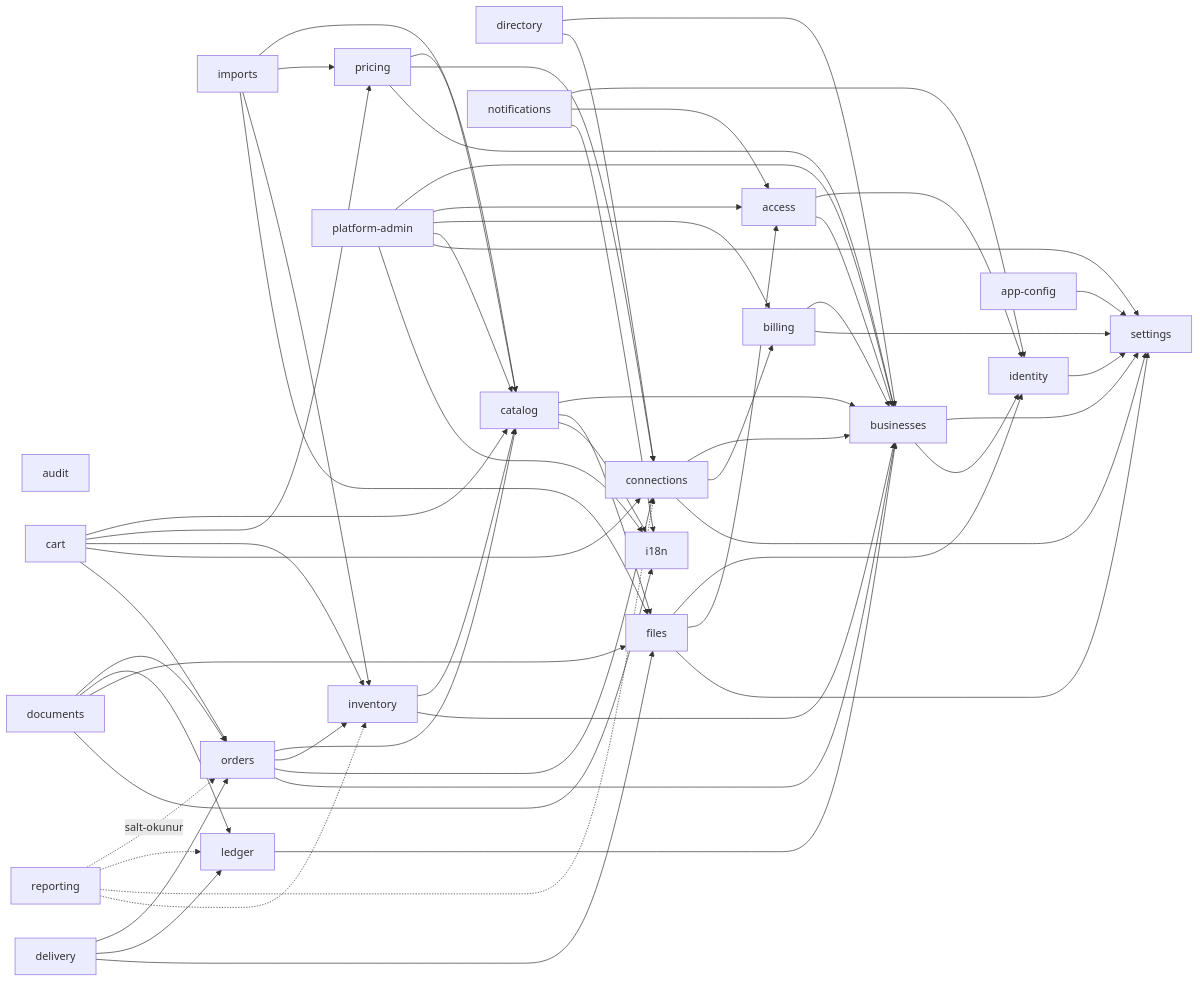
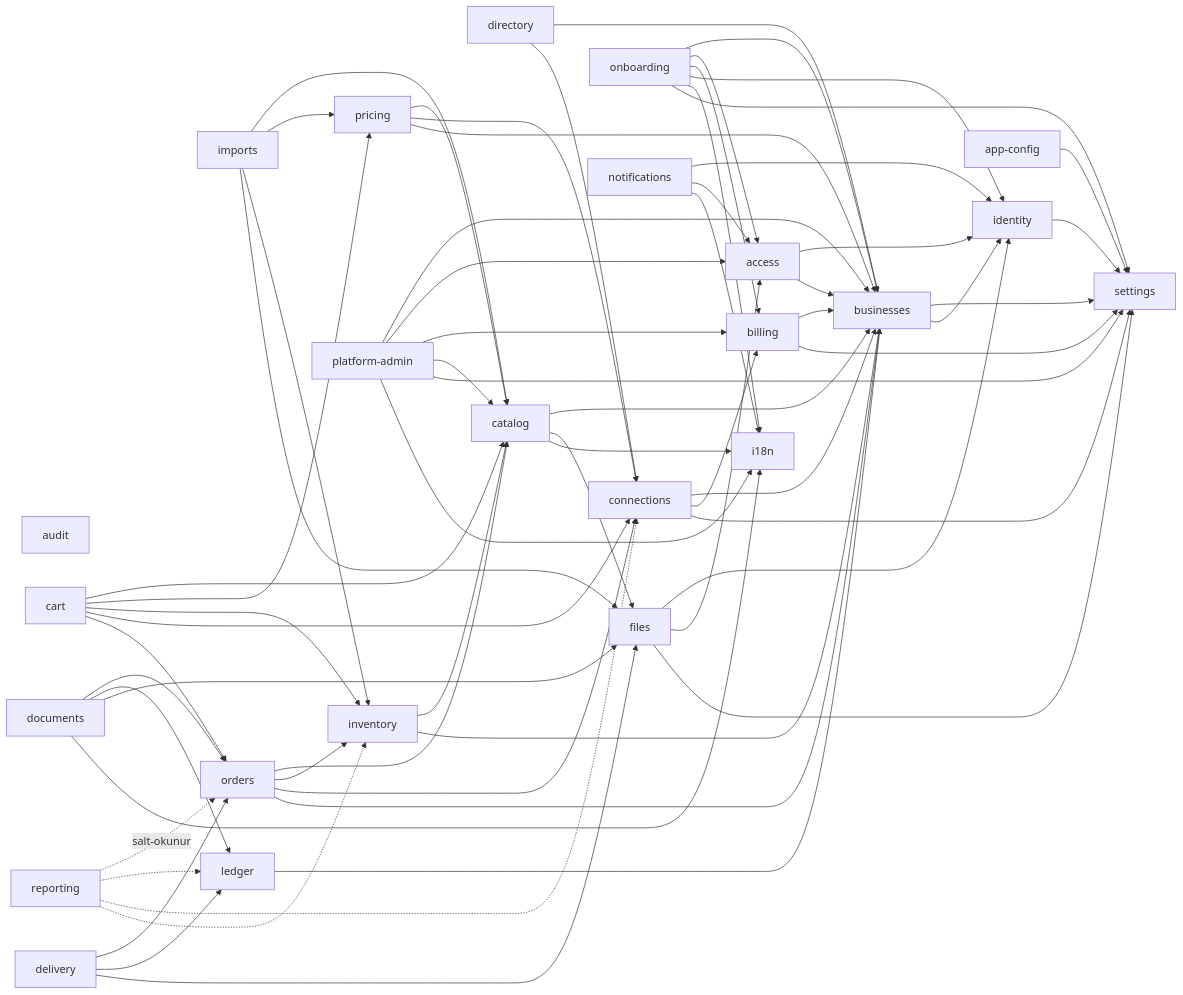
One commit to MIRALIKAZIMLI/b2b-platform changed the diagram in docs/03-architecture/c4-component.md. Above: the diagram before and after it, drawn with Mermaid. The commit also changed other lines of this file and 52 other files, not shown here.

```diff
--- a/docs/03-architecture/c4-component.md
+++ b/docs/03-architecture/c4-component.md
@@ -26,6 +26,13 @@
     access --> businesses
     billing --> businesses
     billing --> settings
+
+    onboarding --> businesses
+    onboarding --> access
+    onboarding --> billing
+    onboarding --> identity
+    onboarding --> i18n
+    onboarding --> settings
 
     connections --> businesses
     connections --> billing
```
